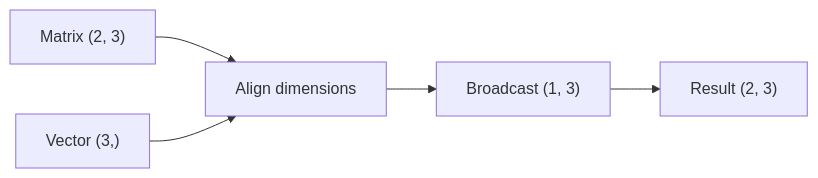
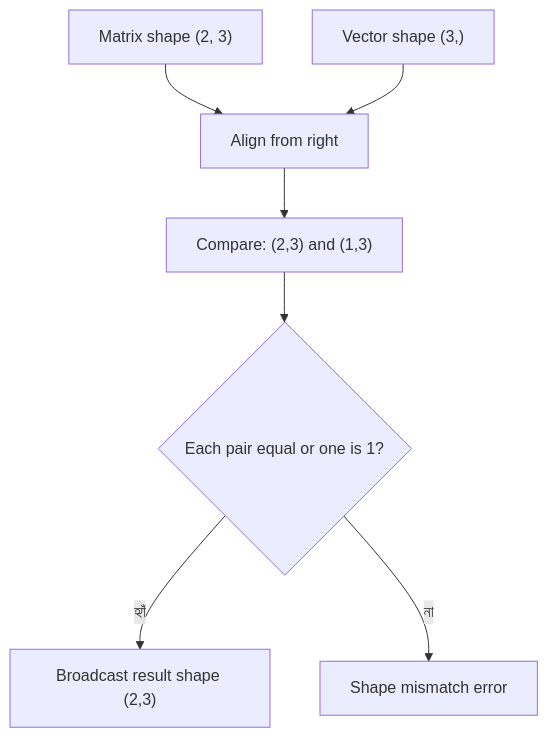
One commit to shomi-khan/preparation changed the fourth of 6 diagrams in day1/08-numpy/README.md. Above: the diagram before and after it, drawn with Mermaid. The commit also changed other lines of this file, not shown here.

````diff
--- a/day1/08-numpy/README.md
+++ b/day1/08-numpy/README.md
@@ -153,7 +170,9 @@
-```mermaid
-flowchart LR
- A["Matrix (2, 3)"] --> C["Align dimensions"]
- B["Vector (3,)"] --> C
- C --> D["Broadcast (1, 3)"]
- D --> E["Result (2, 3)"]
-```
+~~~mermaid
+flowchart TD
+    A["Matrix shape (2, 3)"] --> C["Align from right"]
+    B["Vector shape (3,)"] --> C
+    C --> D["Compare: (2,3) and (1,3)"]
+    D --> E{"Each pair equal or one is 1?"}
+    E -->|হ্যাঁ| F["Broadcast result shape (2,3)"]
+    E -->|না| G["Shape mismatch error"]
+~~~
````
